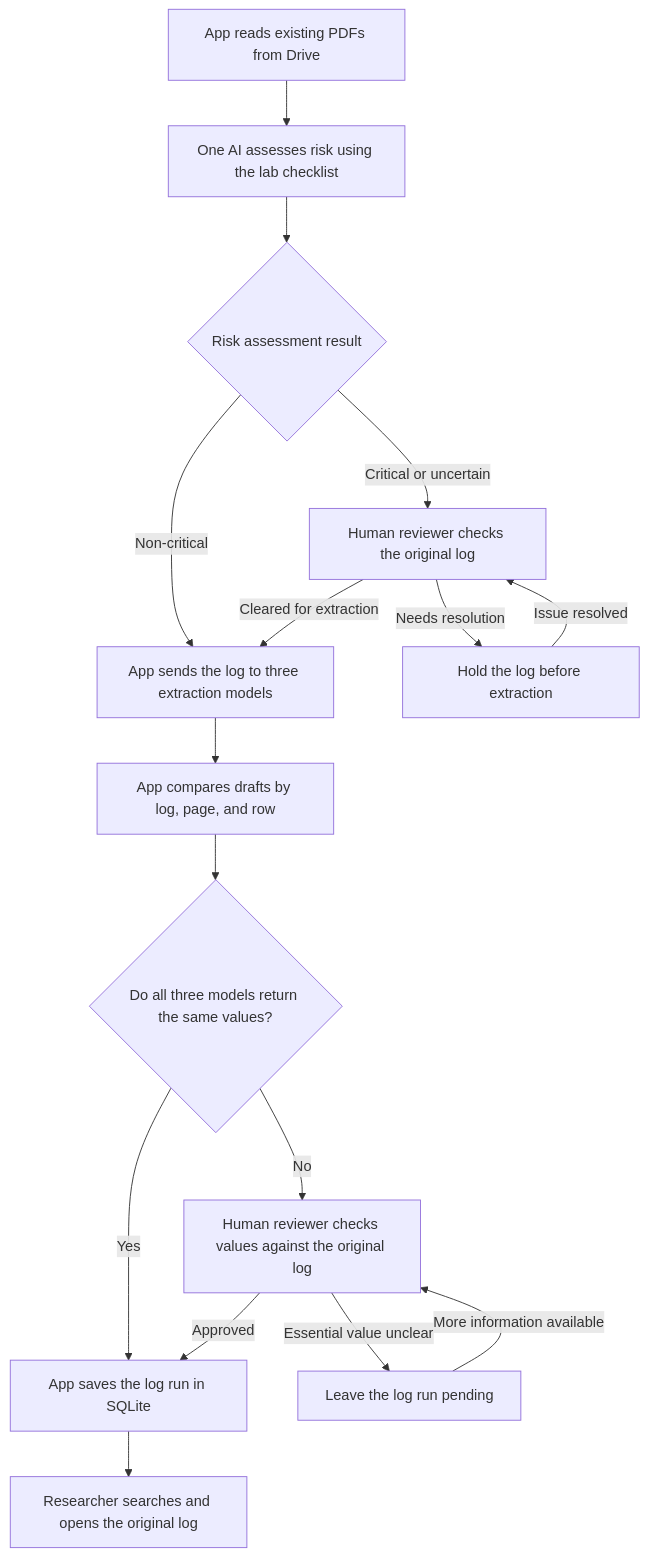
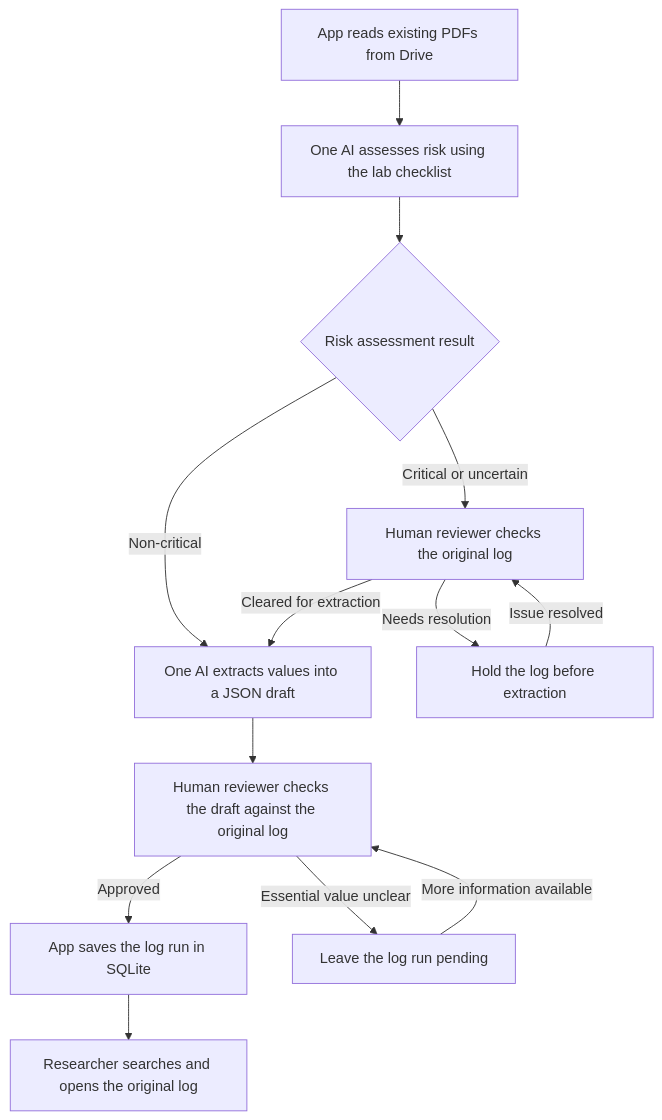
One commit to irisyjchang/quantum-materials-ai-archive changed the diagram in docs/design-document.md. Above: the diagram before and after it, drawn with Mermaid. The commit also changed other lines of this file, not shown here.

Commit message:
docs: use one extractor and require human approval

````diff
--- a/docs/design-document.md
+++ b/docs/design-document.md
@@ -40,18 +40,15 @@
 ```mermaid
 flowchart TD
     A[App reads existing PDFs from Drive] --> T[One AI assesses risk using the lab checklist]
     T --> R{Risk assessment result}
-    R -->|Non-critical| D[App sends the log to three extraction models]
+    R -->|Non-critical| D[One AI extracts values into a JSON draft]
     R -->|Critical or uncertain| P[Human reviewer checks the original log]
     P -->|Cleared for extraction| D
     P -->|Needs resolution| Q[Hold the log before extraction]
     Q -->|Issue resolved| P
-    D --> F[App compares drafts by log, page, and row]
-    F --> V{Do all three models return the same values?}
-    V -->|Yes| K[App saves the log run in SQLite]
-    V -->|No| G[Human reviewer checks values against the original log]
-    G -->|Approved| K
+    D --> G[Human reviewer checks the draft against the original log]
+    G -->|Approved| K[App saves the log run in SQLite]
     G -->|Essential value unclear| I[Leave the log run pending]
     I -->|More information available| G
     K --> L[Researcher searches and opens the original log]
 ```
````
